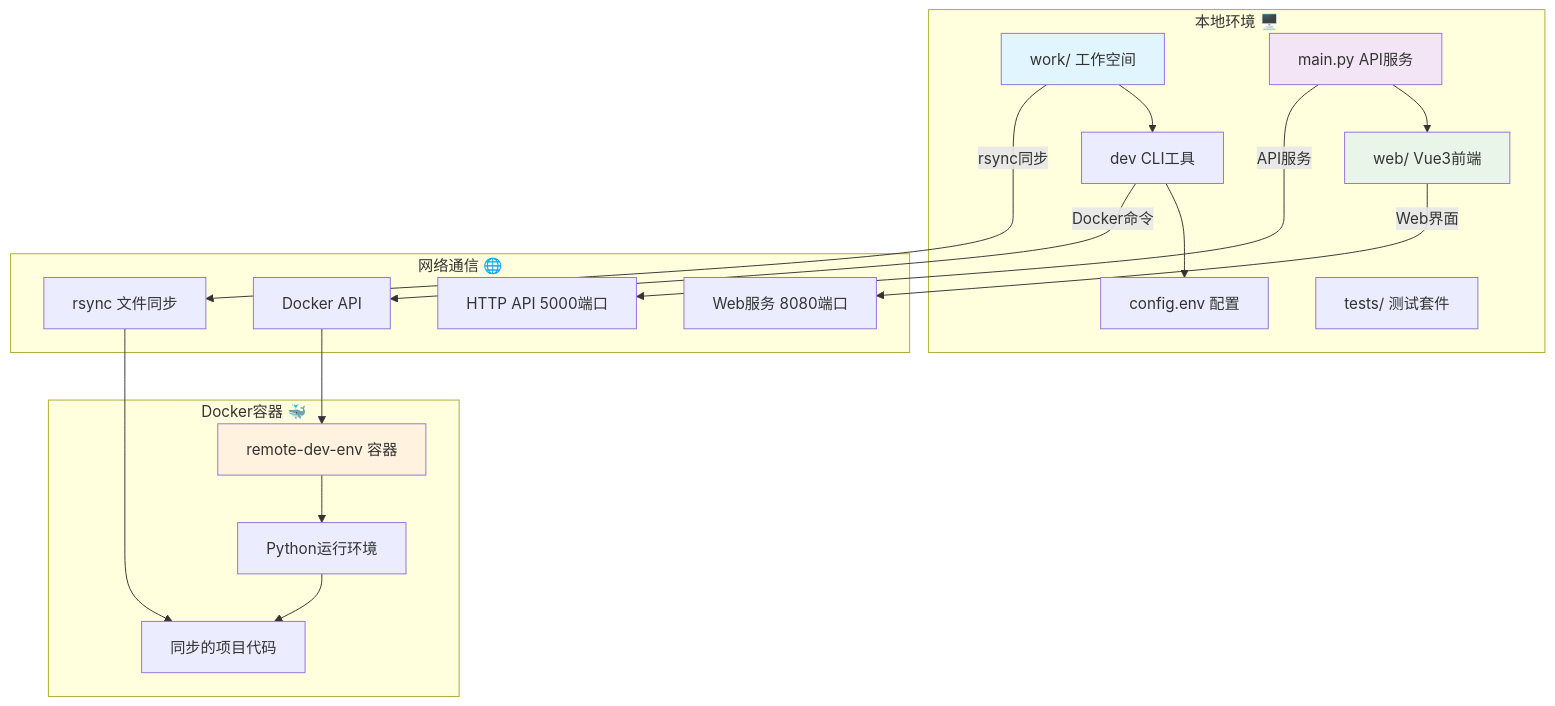
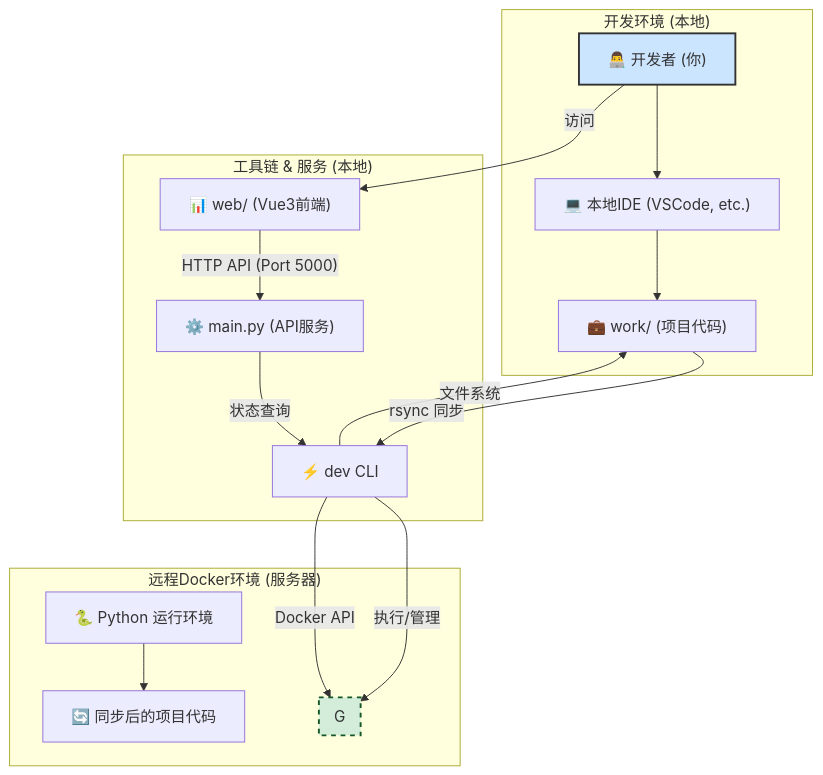
The first of 2 diagrams in README.md (Zhang-Jingdian/remote-dev), drawn with Mermaid before and after one commit. The commit also changed other lines of this file, not shown here.

Commit message:
docs(Mermaid): 优化系统架构图和工作流程图
- 系统架构图:
  - 引入“开发者”角色，使流程更完整
  - 将网络通信方式作为连接标签，更直观
  - 调整布局为从上到下，突出控制流
- 工作流程图:
  - 聚焦核心开发循环 (编码 -> 同步 -> 执行)
  - 使用 loop 结构明确表示重复过程
  - 简化参与者，使流程更清晰

````diff
--- a/README.md
+++ b/README.md
@@ -28,36 +28,41 @@
 ```mermaid
-graph TB
-    subgraph "本地环境 🖥️"
-        A[work/ 工作空间] --> B[dev CLI工具]
-        B --> C[config.env 配置]
-        D[main.py API服务] --> E[web/ Vue3前端]
-        F[tests/ 测试套件]
+graph TD
+    subgraph "开发环境 (本地)"
+        A["👨‍💻 开发者 (你)"]
+        B["💻 本地IDE (VSCode, etc.)"]
+        C["💼 work/ (项目代码)"]
     end
+
+    subgraph "工具链 & 服务 (本地)"
+        D["⚡ dev CLI"]
+        E["⚙️ main.py (API服务)"]
+        F["📊 web/ (Vue3前端)"]
+    end
+
+    subgraph "远程Docker环境 (服务器)"
+        G["🐳 remote-dev-env 容器"]
+        H["🐍 Python 运行环境"]
+        I["🔄 同步后的项目代码"]
+    end
+
+    A --> B
+    B --> C
+
+    C -- "rsync 同步" --> D
+    D -- "执行/管理" --> G
+    D -- "文件系统" --> C
     
-    subgraph "Docker容器 🐳"
-        G[remote-dev-env 容器]
-        H[Python运行环境]
-        I[同步的项目代码]
+    A -- "访问" --> F
+    F -- "HTTP API (Port 5000)" --> E
+    E -- "状态查询" --> D
+
+    D -- "Docker API" ---> G
+    
+    subgraph G
+        direction LR
+        H --> I
     end
-    
-    subgraph "网络通信 🌐"
-        J[rsync 文件同步]
-        K[Docker API]
-        L[HTTP API 5000端口]
-        M[Web服务 8080端口]
-    end
-    
-    A -->|rsync同步| J
-    J --> I
-    B -->|Docker命令| K
-    K --> G
-    G --> H
-    H --> I
-    D -->|API服务| L
-    E -->|Web界面| M
-    
-    style A fill:#e1f5fe
-    style D fill:#f3e5f5
-    style E fill:#e8f5e8
-    style G fill:#fff3e0
+
+    style A fill:#cce5ff,stroke:#333,stroke-width:2px
+    style G fill:#d4edda,stroke:#155724,stroke-width:2px,stroke-dasharray: 5 5
 ```
````
